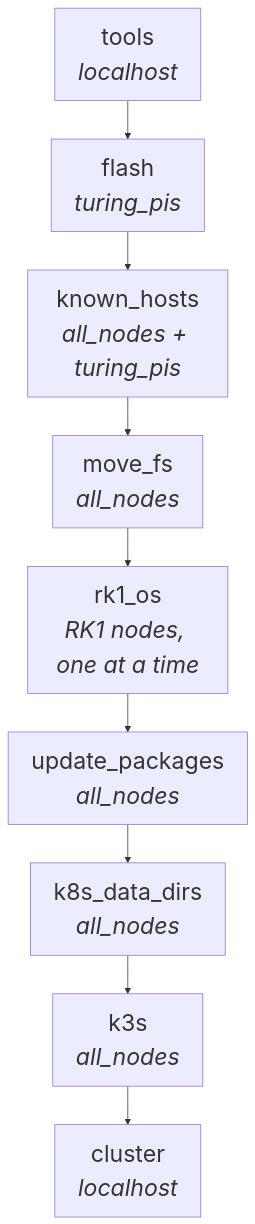
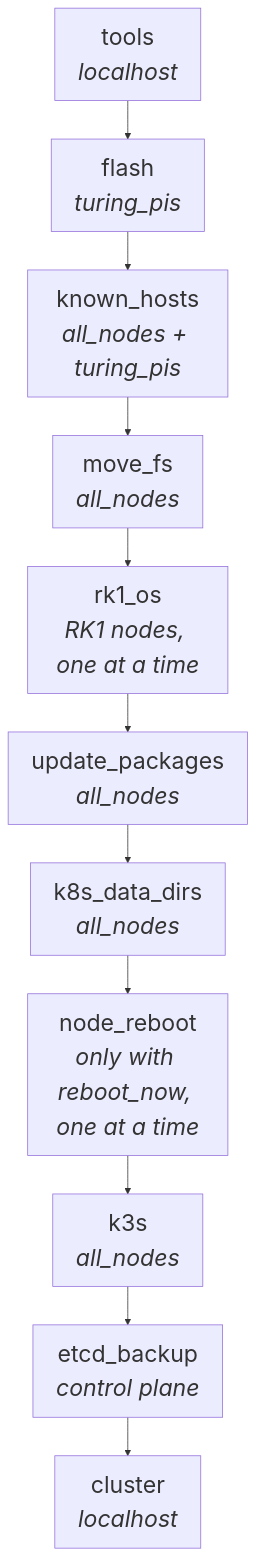
Before and after one commit to gilesknap/tpi-k3s-ansible: the diagram in docs/explanations/ansible-roles.md, drawn with Mermaid. The commit also changed other lines of this file and 46 other files, not shown here.

````diff
--- a/docs/explanations/ansible-roles.md
+++ b/docs/explanations/ansible-roles.md
@@ -8,12 +8,14 @@
 ```mermaid
 %%{init: {'themeVariables': {'fontSize': '30px'}, 'flowchart': {'useMaxWidth': false}}}%%
 flowchart TD
     T["tools<br/><i>localhost</i>"] --> F["flash<br/><i>turing_pis</i>"]
     F --> KH["known_hosts<br/><i>all_nodes + turing_pis</i>"]
     KH --> MF["move_fs<br/><i>all_nodes</i>"]
     MF --> RO["rk1_os<br/><i>RK1 nodes, one at a time</i>"]
     RO --> UP["update_packages<br/><i>all_nodes</i>"]
     UP --> DD["k8s_data_dirs<br/><i>all_nodes</i>"]
-    DD --> K["k3s<br/><i>all_nodes</i>"]
-    K --> C["cluster<br/><i>localhost</i>"]
+    DD --> NR["node_reboot<br/><i>only with reboot_now, one at a time</i>"]
+    NR --> K["k3s<br/><i>all_nodes</i>"]
+    K --> EB["etcd_backup<br/><i>control plane</i>"]
+    EB --> C["cluster<br/><i>localhost</i>"]
 ```
````
